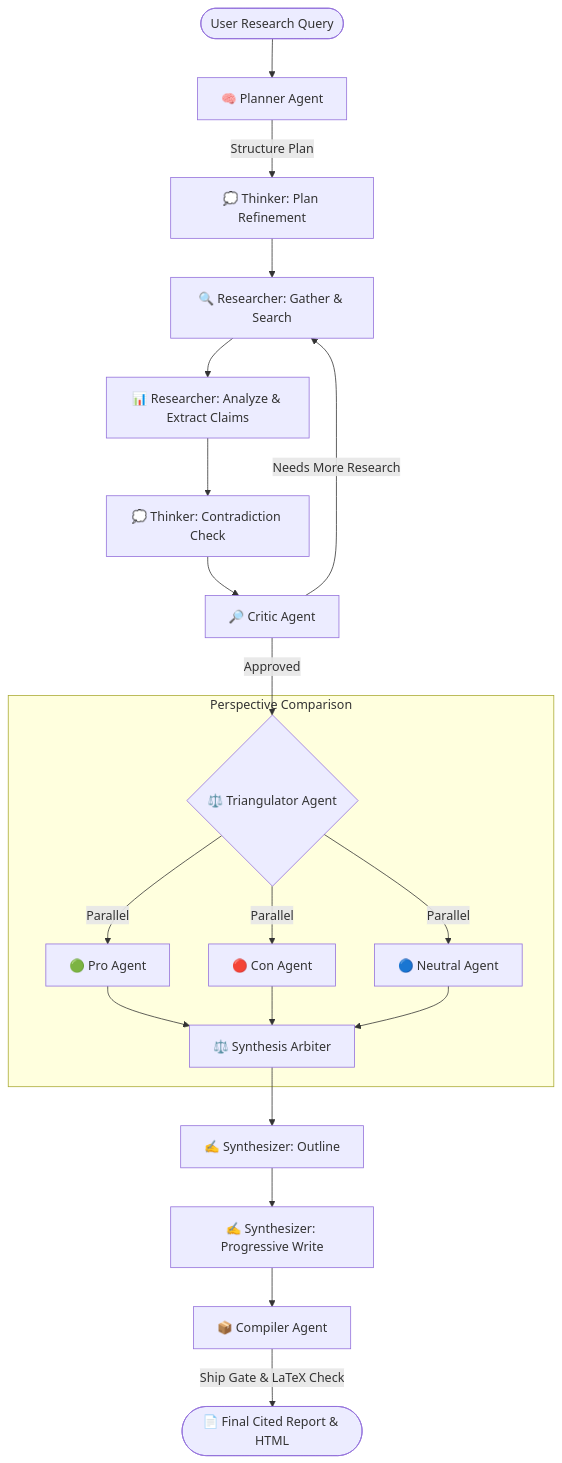
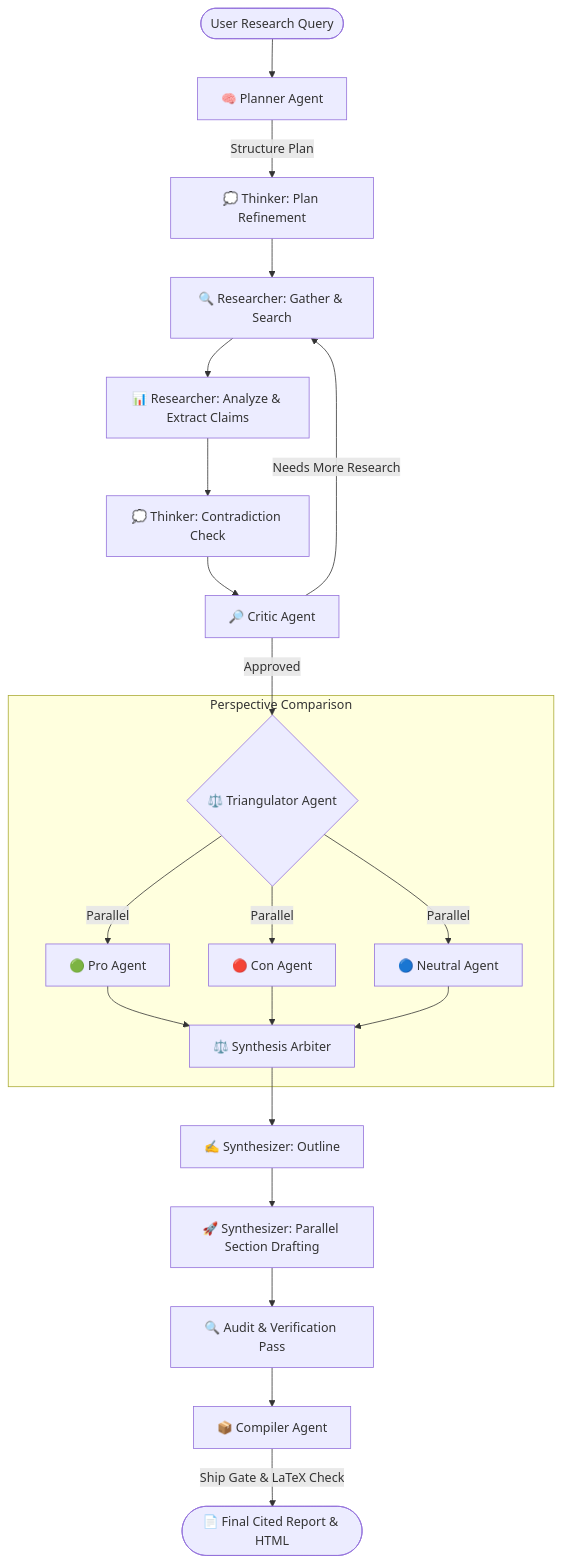
One commit to sarv-projects/Autonomous-Research-Agent changed the second of 2 diagrams in README.md. Above: the diagram before and after it, drawn with Mermaid. The commit also changed other lines of this file, not shown here.

````diff
--- a/README.md
+++ b/README.md
@@ -190,24 +210,25 @@
 ```mermaid
 graph TD
     UserQuery([User Research Query]) --> Planner[🧠 Planner Agent]
     Planner -->|Structure Plan| ThinkerPlan[💭 Thinker: Plan Refinement]
     ThinkerPlan --> ResGather[🔍 Researcher: Gather & Search]
     ResGather --> ResAnalyze[📊 Researcher: Analyze & Extract Claims]
     ResAnalyze --> ThinkerCheck[💭 Thinker: Contradiction Check]
     ThinkerCheck --> Critic[🔎 Critic Agent]
     
     Critic -->|Needs More Research| ResGather
     Critic -->|Approved| Triangulator{⚖️ Triangulator Agent}
     
     subgraph Triangulation[" Perspective Comparison "]
         Triangulator -->|Parallel| Pro[🟢 Pro Agent]
         Triangulator -->|Parallel| Con[🔴 Con Agent]
         Triangulator -->|Parallel| Neutral[🔵 Neutral Agent]
         Pro & Con & Neutral --> Arbiter[⚖️ Synthesis Arbiter]
     end
 
     Arbiter --> SynthOutline[✍️ Synthesizer: Outline]
-    SynthOutline --> SynthWrite[✍️ Synthesizer: Progressive Write]
-    SynthWrite --> Compiler[📦 Compiler Agent]
+    SynthOutline --> SynthWrite[🚀 Synthesizer: Parallel Section Drafting]
+    SynthWrite --> Audit[🔍 Audit & Verification Pass]
+    Audit --> Compiler[📦 Compiler Agent]
     Compiler -->|Ship Gate & LaTeX Check| Report([📄 Final Cited Report & HTML])
 ```
````
